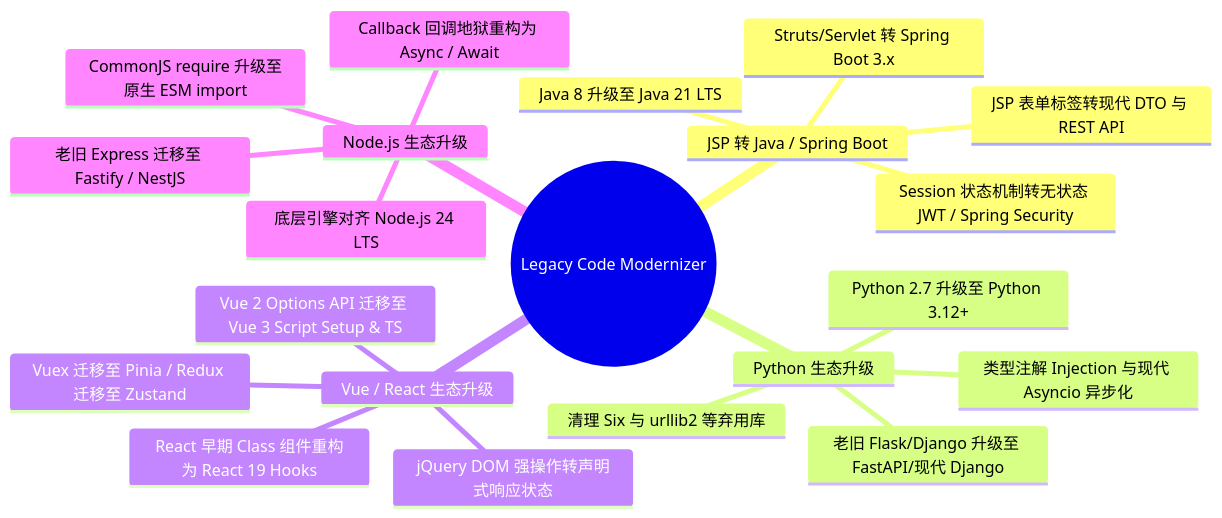
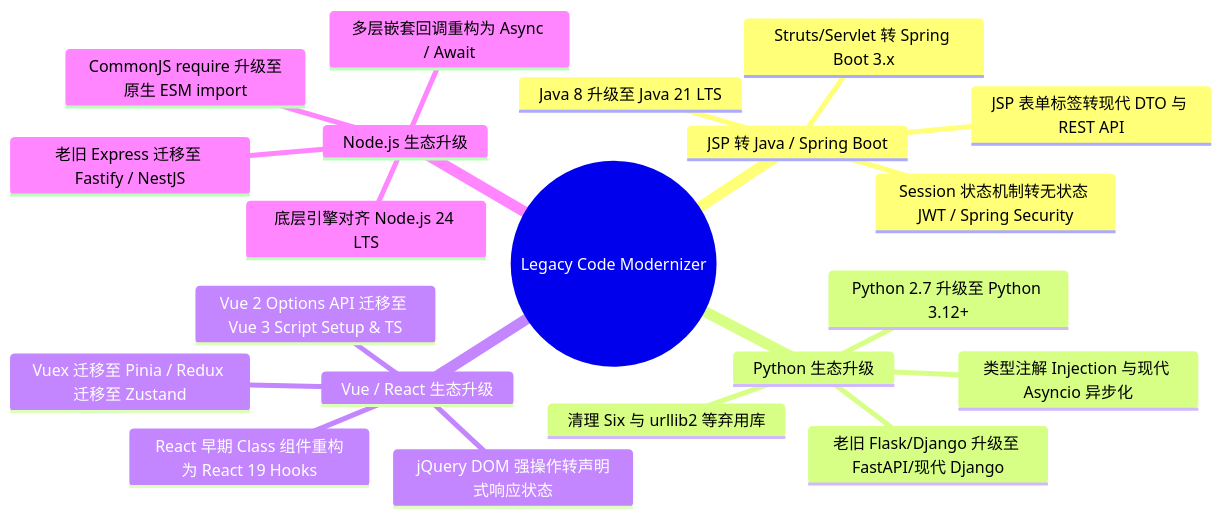
Before and after one commit to SakuraCianna/LegacyCodeModernizer: the first of 4 diagrams in README_zh.md, drawn with Mermaid. The commit also changed other lines of this file and 3 other files, not shown here.

````diff
--- a/README_zh.md
+++ b/README_zh.md
@@ -42,24 +42,24 @@
 ```mermaid
 mindmap
   root((Legacy Code Modernizer))
     JSP 转 Java / Spring Boot
       JSP 表单标签转现代 DTO 与 REST API
       Struts/Servlet 转 Spring Boot 3.x
       Session 状态机制转无状态 JWT / Spring Security
       Java 8 升级至 Java 21 LTS
     Python 生态升级
       Python 2.7 升级至 Python 3.12+
       老旧 Flask/Django 升级至 FastAPI/现代 Django
       类型注解 Injection 与现代 Asyncio 异步化
       清理 Six 与 urllib2 等弃用库
     Vue / React 生态升级
       Vue 2 Options API 迁移至 Vue 3 Script Setup & TS
       React 早期 Class 组件重构为 React 19 Hooks
       jQuery DOM 强操作转声明式响应状态
       Vuex 迁移至 Pinia / Redux 迁移至 Zustand
     Node.js 生态升级
       CommonJS require 升级至原生 ESM import
-      Callback 回调地狱重构为 Async / Await
+      多层嵌套回调重构为 Async / Await
       老旧 Express 迁移至 Fastify / NestJS
       底层引擎对齐 Node.js 24 LTS
 ```
````
